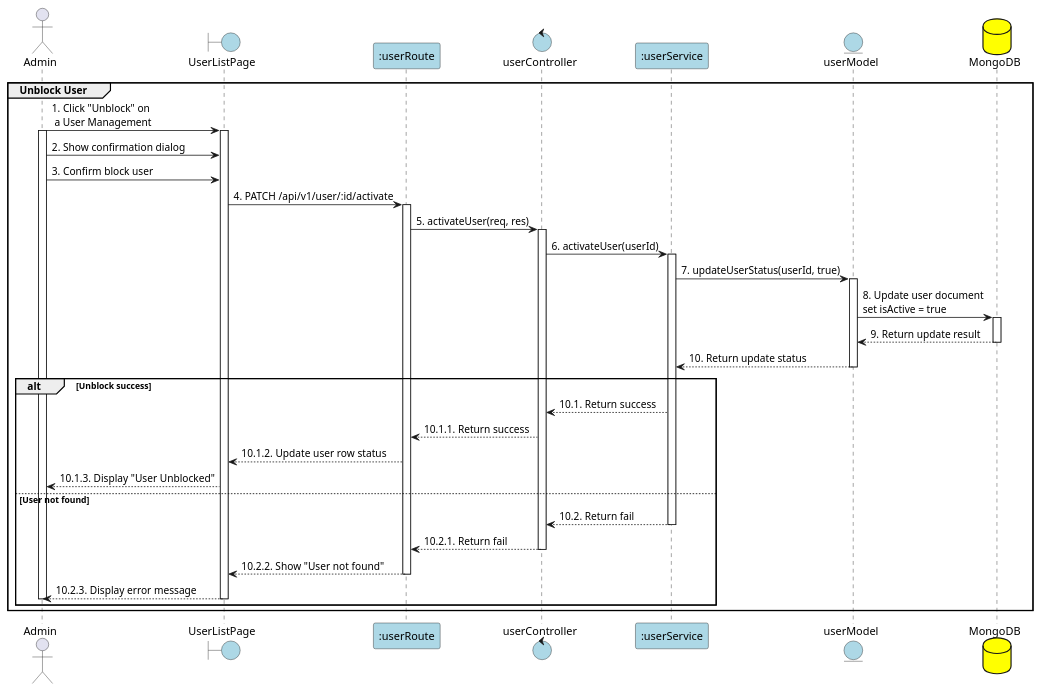
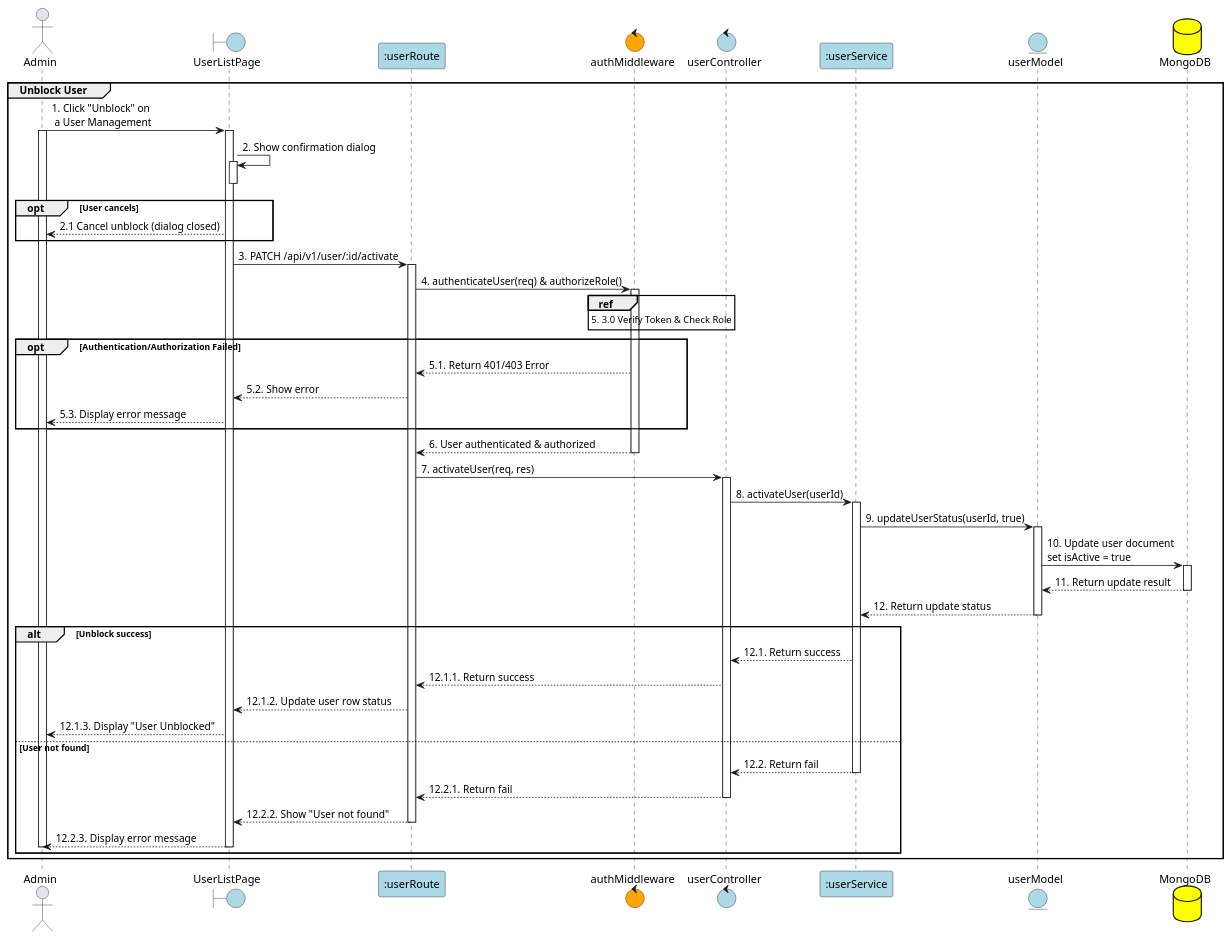
The diagram in PlanUML/11_unBlockUser.puml (Aohkne/CaloCook), drawn with PlantUML before and after one commit. The commit also changed 21 other files, not shown here.

```diff
--- a/PlanUML/11_unBlockUser.puml
+++ b/PlanUML/11_unBlockUser.puml
@@ -1,69 +1,83 @@
 @startuml BlockUser
 
 actor Admin
 boundary "UserListPage" as View #lightblue
 participant ":userRoute" as Route #lightblue
+control "authMiddleware" as Auth #orange
 control "userController" as Controller #lightblue
 participant ":userService" as Service #lightblue
 entity "userModel" as Model #lightblue
 database "MongoDB" as MongoDB #yellow
 
 group Unblock User
 Admin -> View: 1. Click "Unblock" on\n a User Management
 activate Admin
 activate View
-Admin -> View: 2. Show confirmation dialog
-Admin -> View: 3. Confirm block user
+View -> View: 2. Show confirmation dialog
+activate View
+deactivate View
+opt User cancels
+    View --> Admin: 2.1 Cancel unblock (dialog closed)
+end
 
+View -> Route: 3. PATCH /api/v1/user/:id/activate
+activate Route
+Route -> Auth: 4. authenticateUser(req) & authorizeRole()
+activate Auth
+ref over Auth : 5. 3.0 Verify Token & Check Role
 
-View -> Route: 4. PATCH /api/v1/user/:id/activate
-activate Route
+opt Authentication/Authorization Failed
+    Auth --> Route: 5.1. Return 401/403 Error
+    Route --> View: 5.2. Show error
+    View --> Admin: 5.3. Display error message
+end
+Auth --> Route: 6. User authenticated & authorized
+deactivate Auth
 
-Route -> Controller: 5. activateUser(req, res)
+Route -> Controller: 7. activateUser(req, res)
 activate Controller
 
-Controller -> Service: 6. activateUser(userId)
+Controller -> Service: 8. activateUser(userId)
 activate Service
 
-Service -> Model: 7. updateUserStatus(userId, true)
+Service -> Model: 9. updateUserStatus(userId, true)
 activate Model
 
-Model -> MongoDB: 8. Update user document\nset isActive = true
+Model -> MongoDB: 10. Update user document\nset isActive = true
 activate MongoDB
 
-MongoDB --> Model: 9. Return update result
+MongoDB --> Model: 11. Return update result
 deactivate MongoDB
 
-Model --> Service: 10. Return update status
+Model --> Service: 12. Return update status
 deactivate Model
 
 alt Unblock success
-    Service --> Controller: 10.1. Return success
+    Service --> Controller: 12.1. Return success
+    Controller --> Route: 12.1.1. Return success
 
-    Controller --> Route: 10.1.1. Return success
+    Route --> View: 12.1.2. Update user row status
 
-    Route --> View: 10.1.2. Update user row status
-
-    View --> Admin: 10.1.3. Display "User Unblocked"
+    View --> Admin: 12.1.3. Display "User Unblocked"
 
 else User not found
-    Service --> Controller:10.2. Return fail
+    Service --> Controller:12.2. Return fail
     deactivate Service
 
     
-    Controller --> Route: 10.2.1. Return fail
+    Controller --> Route: 12.2.1. Return fail
     deactivate Controller
 
 
-    Route --> View: 10.2.2. Show "User not found"
+    Route --> View: 12.2.2. Show "User not found"
     deactivate Route
 
 
-    View --> Admin: 10.2.3. Display error message
+    View --> Admin: 12.2.3. Display error message
     deactivate View
     deactivate Admin
 
 end
 
 end
 @enduml
```
